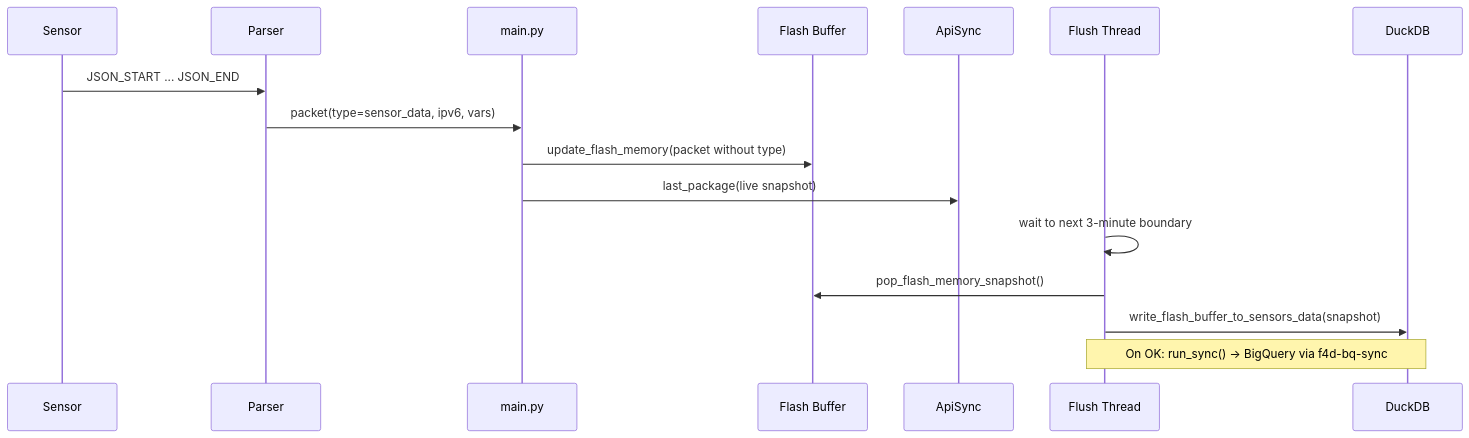
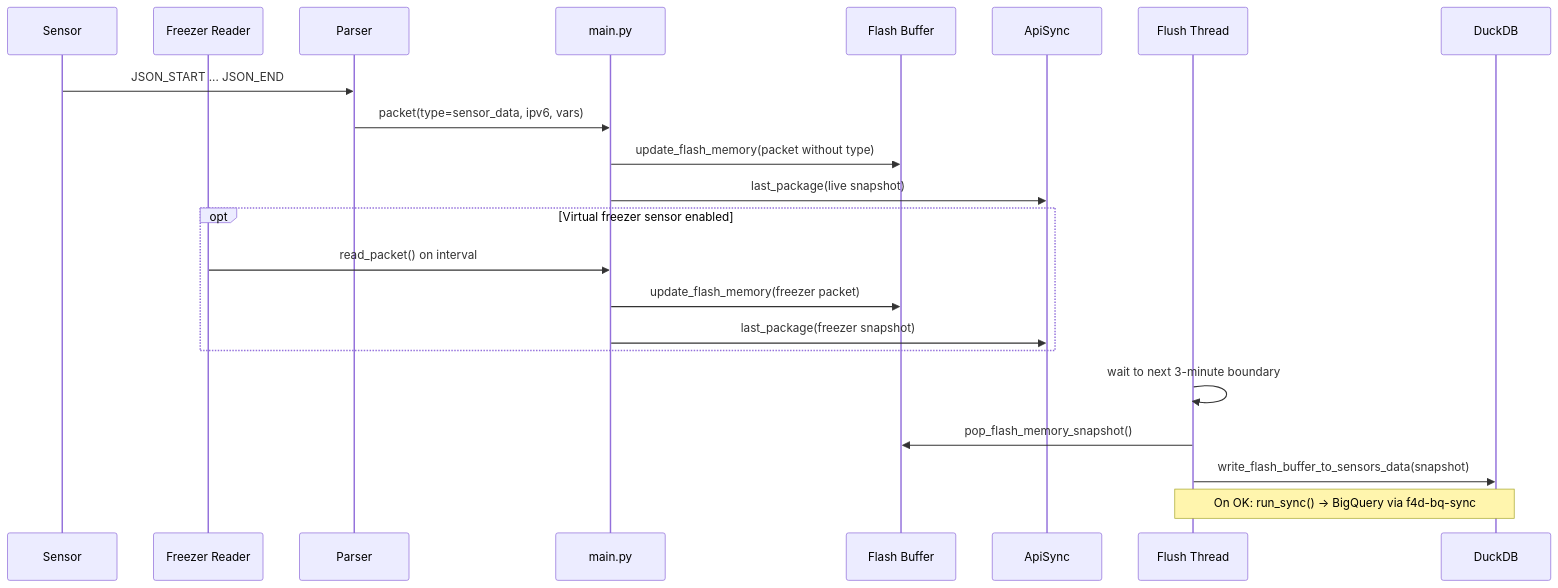
One commit to field-4d/cloud changed the second of 2 diagrams in F4D_python/README.md. Above: the diagram before and after it, drawn with Mermaid. The commit also changed other lines of this file and 18 other files, not shown here.

First line of the commit message:
Update README and enhance Field4D components for virtual freezer sensor integration

````diff
--- a/F4D_python/README.md
+++ b/F4D_python/README.md
@@ -138,19 +155,27 @@
 ```mermaid
 sequenceDiagram
   participant S as Sensor
+  participant VF as Freezer Reader
   participant P as Parser
   participant M as main.py
   participant F as Flash Buffer
   participant A as ApiSync
   participant T as Flush Thread
   participant D as DuckDB
 
   S->>P: JSON_START ... JSON_END
   P->>M: packet(type=sensor_data, ipv6, vars)
   M->>F: update_flash_memory(packet without type)
   M->>A: last_package(live snapshot)
+
+  opt Virtual freezer sensor enabled
+    VF->>M: read_packet() on interval
+    M->>F: update_flash_memory(freezer packet)
+    M->>A: last_package(freezer snapshot)
+  end
+
   T->>T: wait to next 3-minute boundary
   T->>F: pop_flash_memory_snapshot()
   T->>D: write_flash_buffer_to_sensors_data(snapshot)
   Note over T,D: On OK: run_sync() -> BigQuery via f4d-bq-sync
 ```
````
